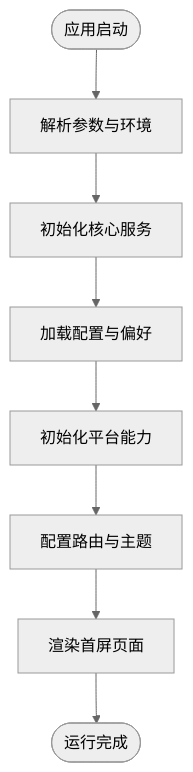
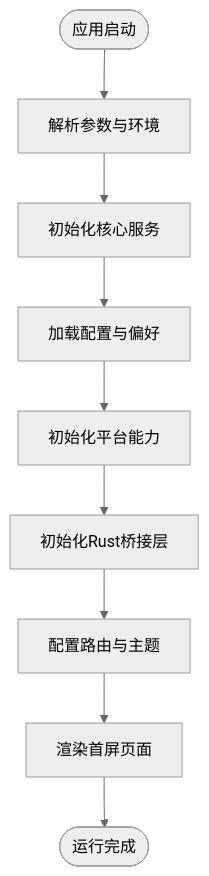
Before and after one commit to ZhangGHGitHub/LegadoTeamFlutter: the third of 4 diagrams in .qoder/repowiki/zh/content/Flutter跨平台应用/项目结构和组织.md, drawn with Mermaid (neutral theme). The commit also changed other lines of this file and 66 other files, not shown here.

````diff
--- a/.qoder/repowiki/zh/content/Flutter跨平台应用/项目结构和组织.md
+++ b/.qoder/repowiki/zh/content/Flutter跨平台应用/项目结构和组织.md
@@ -244,10 +273,11 @@
 ```mermaid
 flowchart TD
 Start(["应用启动"]) --> ParseArgs["解析参数与环境"]
 ParseArgs --> InitCore["初始化核心服务"]
 InitCore --> LoadConfig["加载配置与偏好"]
 LoadConfig --> InitPlatform["初始化平台能力"]
-InitPlatform --> SetupRouter["配置路由与主题"]
+InitPlatform --> InitRust["初始化Rust桥接层"]
+InitRust --> SetupRouter["配置路由与主题"]
 SetupRouter --> LaunchFirst["渲染首屏页面"]
 LaunchFirst --> End(["运行完成"])
 ```
````
